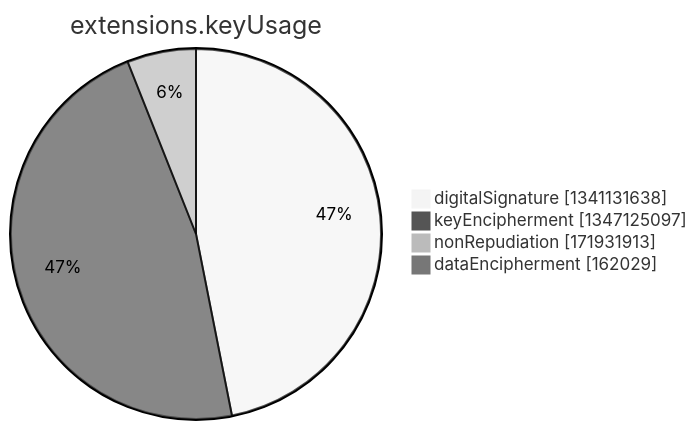
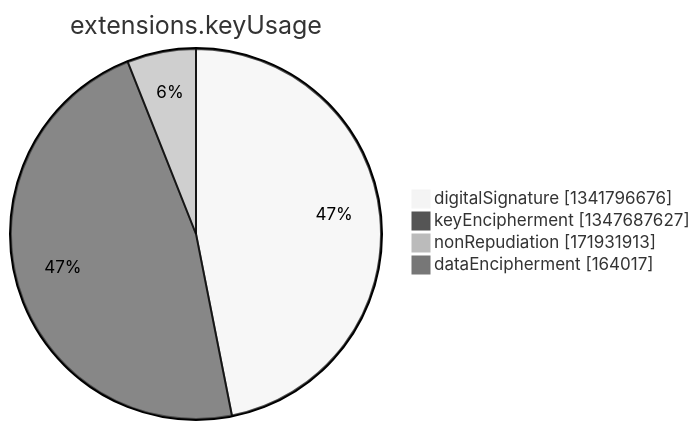
The seventh of 15 diagrams in argon2022/README.md (christiankrug/ctmonitor_visualization), drawn with Mermaid (neutral theme) before and after one commit. The commit also changed other lines of this file, not shown here.

````diff
--- a/argon2022/README.md
+++ b/argon2022/README.md
@@ -2750,8 +2750,8 @@
 ```mermaid
 pie showData
 title extensions.keyUsage
-"digitalSignature" :1341131638
-"keyEncipherment" :1347125097
+"digitalSignature" :1341796676
+"keyEncipherment" :1347687627
 "nonRepudiation" :171931913
-"dataEncipherment" :162029
+"dataEncipherment" :164017
 ```
````
